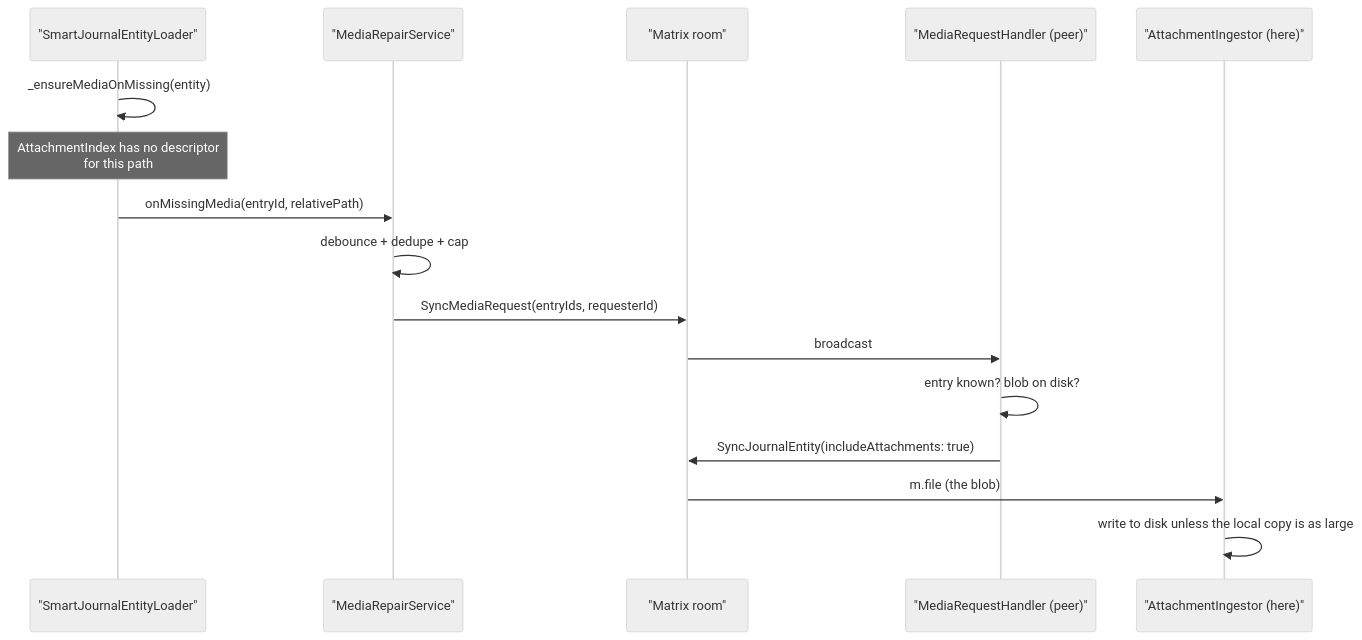
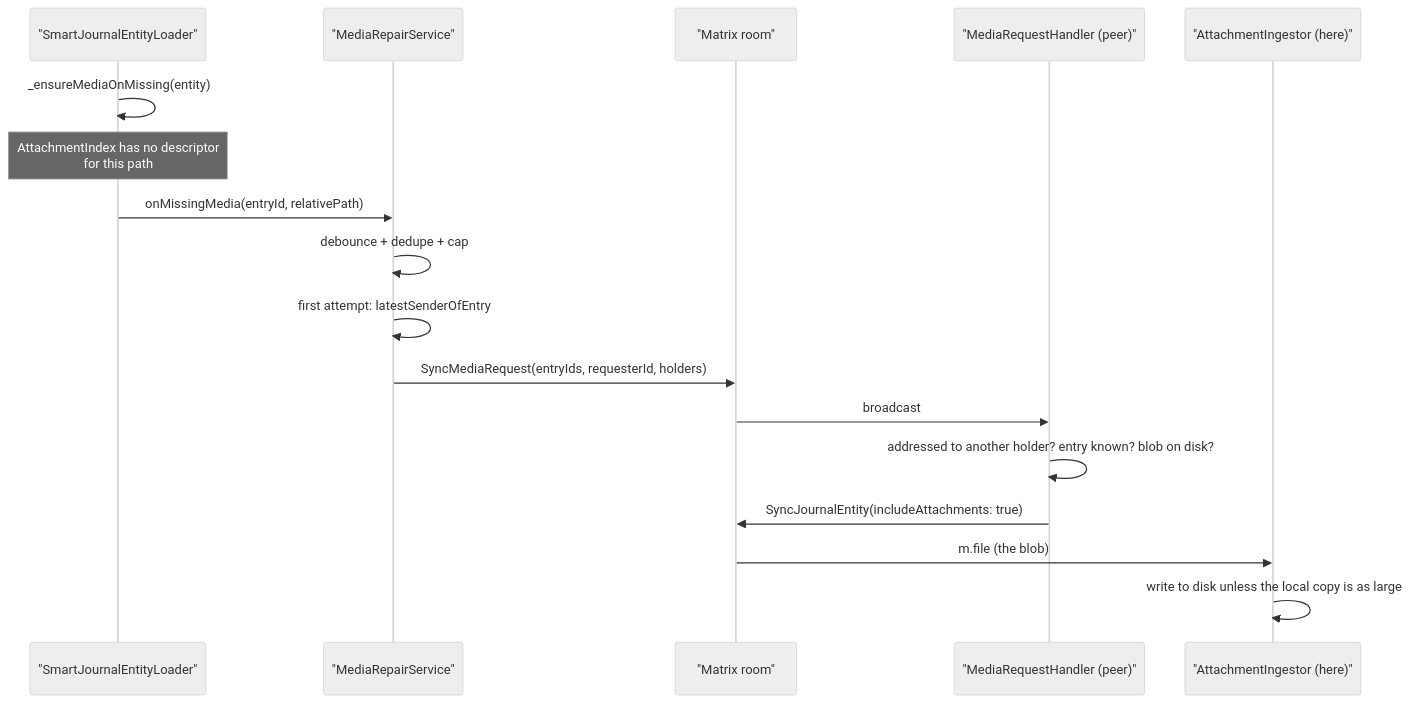
The second of 7 diagrams in knowledge/features/sync/send-path.md (matthiasn/lotti), drawn with Mermaid (neutral theme) before and after one commit. The commit also changed other lines of this file and 36 other files, not shown here.

First line of the commit message:
fix(sync): crossing verifications, media answers once, short copies heal

````diff
--- a/knowledge/features/sync/send-path.md
+++ b/knowledge/features/sync/send-path.md
@@ -146,19 +146,20 @@
 ```mermaid
 sequenceDiagram
   participant Loader as "SmartJournalEntityLoader"
   participant Repair as "MediaRepairService"
   participant Room as "Matrix room"
   participant Peer as "MediaRequestHandler (peer)"
   participant Ingest as "AttachmentIngestor (here)"
 
   Loader->>Loader: _ensureMediaOnMissing(entity)
   Note over Loader: AttachmentIndex has no descriptor<br/>for this path
   Loader->>Repair: onMissingMedia(entryId, relativePath)
   Repair->>Repair: debounce + dedupe + cap
-  Repair->>Room: SyncMediaRequest(entryIds, requesterId)
+  Repair->>Repair: first attempt: latestSenderOfEntry
+  Repair->>Room: SyncMediaRequest(entryIds, requesterId, holders)
   Room->>Peer: broadcast
-  Peer->>Peer: entry known? blob on disk?
+  Peer->>Peer: addressed to another holder? entry known? blob on disk?
   Peer->>Room: SyncJournalEntity(includeAttachments: true)
   Room->>Ingest: m.file (the blob)
   Ingest->>Ingest: write to disk unless the local copy is as large
 ```
````
